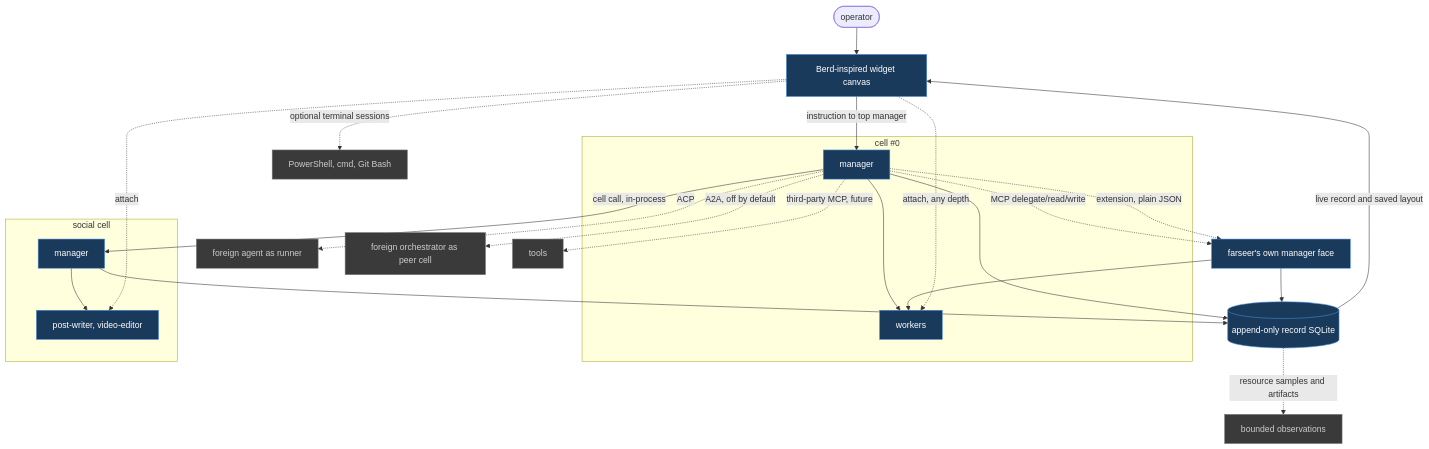
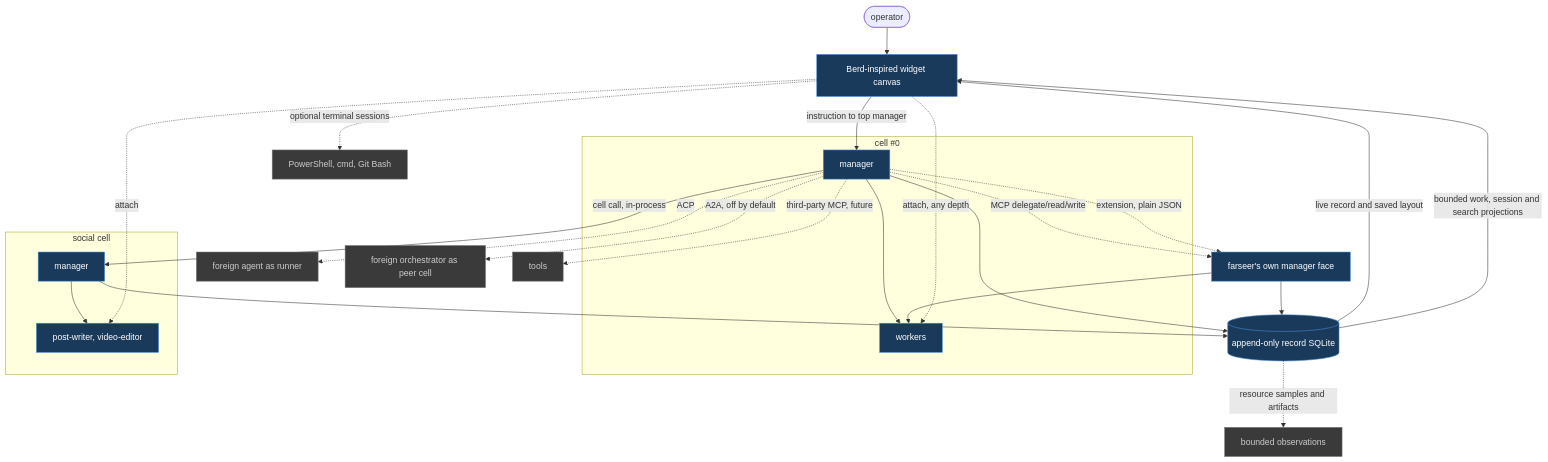
One commit to izanorshahril/farseer changed the diagram in README.md. Above: the diagram before and after it, drawn with Mermaid. The commit also changed other lines of this file and 6 other files, not shown here.

Commit message:
Harden bounded work reads

````diff
--- a/README.md
+++ b/README.md
@@ -27,39 +27,40 @@
 ```mermaid
 graph TD
   OP([operator]) --> UI[Berd-inspired widget canvas]
   UI -->|instruction to top manager| M0
 
   subgraph C0["cell #0"]
     M0[manager]
     W0[workers]
     M0 --> W0
   end
 
   subgraph CS["social cell"]
     MS[manager]
     WS[post-writer, video-editor]
     MS --> WS
   end
 
   M0 -->|cell call, in-process| MS
   M0 -.->|ACP| RUN[foreign agent as runner]
   M0 -.->|A2A, off by default| PEER[foreign orchestrator as peer cell]
   M0 -.->|third-party MCP, future| TOOL[tools]
   M0 -.->|MCP delegate/read/write| MCPFACE[farseer's own manager face]
   M0 -.->|extension, plain JSON| MCPFACE
   MCPFACE --> W0
   MCPFACE --> REC
 
   M0 --> REC[(append-only record SQLite)]
   MS --> REC
   REC -->|live record and saved layout| UI
+  REC -->|bounded work, session and search projections| UI
   UI -.->|attach, any depth| W0
   UI -.->|attach| WS
   UI -.->|optional terminal sessions| TERM[PowerShell, cmd, Git Bash]
   REC -.->|resource samples and artifacts| OBS[bounded observations]
 
   classDef core fill:#1a3a5c,stroke:#4a90d9,color:#fff
   classDef ext fill:#3a3a3a,stroke:#777,color:#ccc
   class UI,M0,MS,W0,WS,REC,MCPFACE core
   class RUN,PEER,TOOL,TERM,OBS ext
 ```
````
